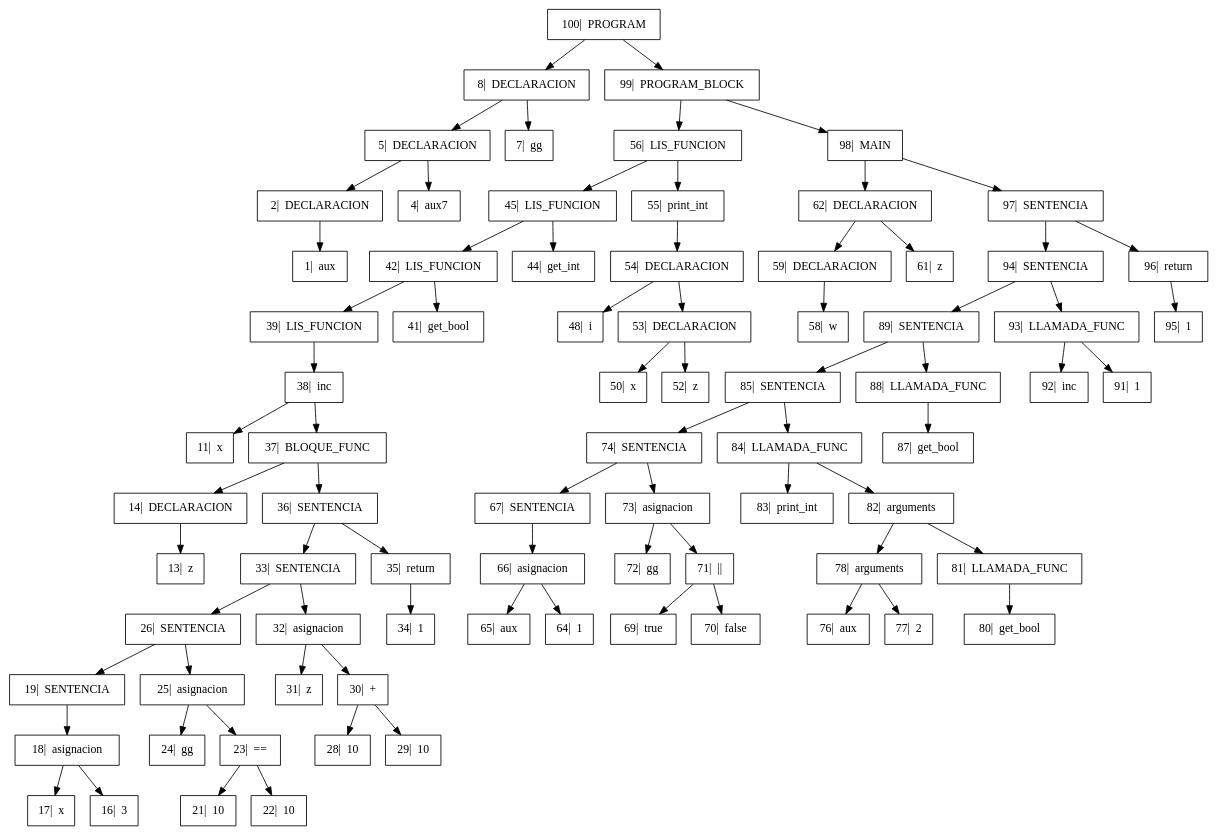
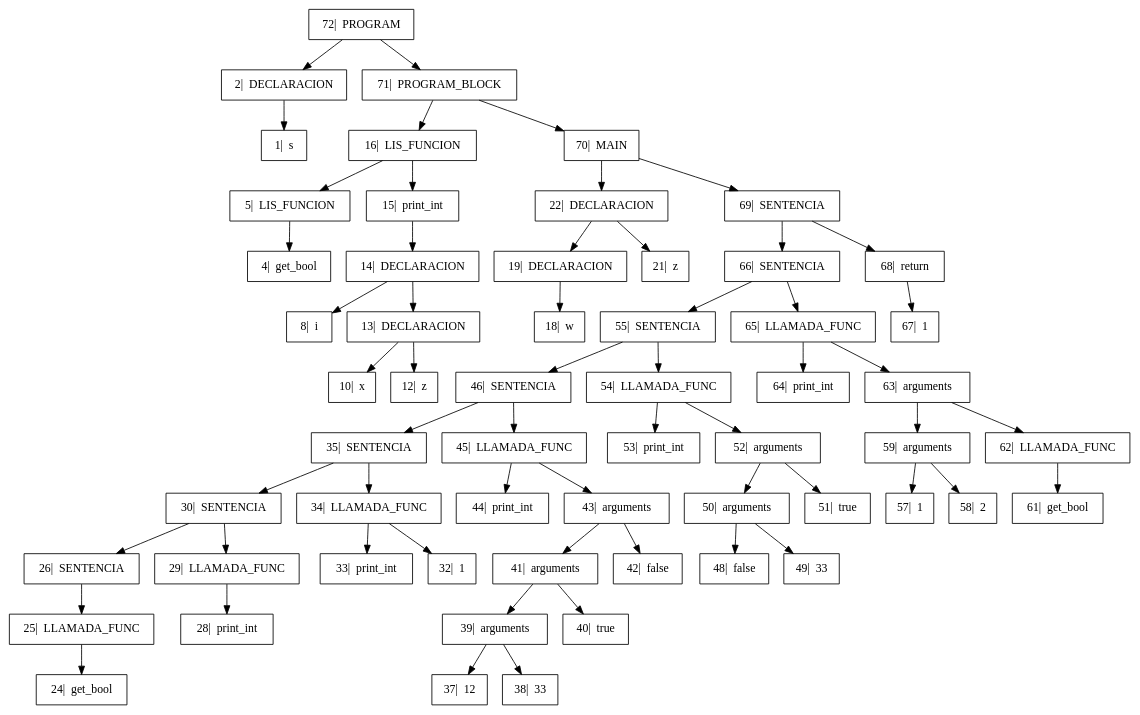
One commit to GiovA07/PRE-PROYECTO-COMPILADORES changed the diagram in Proyecto/output/Arbol.dot. Above: the diagram before and after it, drawn with Graphviz. The commit also changed 5 other files, not shown here.

Commit message:
Solucion de problemas en la llamada a la funcion

```diff
--- a/Proyecto/output/Arbol.dot
+++ b/Proyecto/output/Arbol.dot
@@ -1,50 +1,39 @@
 digraph{
 
 rankdir=TB;
 
 node[shape=box];
-"100|  PROGRAM" -> "8|  DECLARACION", "99|  PROGRAM_BLOCK";
-"8|  DECLARACION" -> "5|  DECLARACION", "7|  gg";
-"5|  DECLARACION" -> "2|  DECLARACION", "4|  aux7";
-"2|  DECLARACION" -> "1|  aux" ;
-"99|  PROGRAM_BLOCK" -> "56|  LIS_FUNCION", "98|  MAIN";
-"56|  LIS_FUNCION" -> "45|  LIS_FUNCION", "55|  print_int";
-"45|  LIS_FUNCION" -> "42|  LIS_FUNCION", "44|  get_int";
-"42|  LIS_FUNCION" -> "39|  LIS_FUNCION", "41|  get_bool";
-"39|  LIS_FUNCION" -> "38|  inc" ;
-"38|  inc" -> "11|  x", "37|  BLOQUE_FUNC";
-"37|  BLOQUE_FUNC" -> "14|  DECLARACION", "36|  SENTENCIA";
-"14|  DECLARACION" -> "13|  z" ;
-"36|  SENTENCIA" -> "33|  SENTENCIA", "35|  return";
-"33|  SENTENCIA" -> "26|  SENTENCIA", "32|  asignacion";
-"26|  SENTENCIA" -> "19|  SENTENCIA", "25|  asignacion";
-"19|  SENTENCIA" -> "18|  asignacion" ;
-"18|  asignacion" -> "17|  x", "16|  3";
-"25|  asignacion" -> "24|  gg", "23|  ==";
-"23|  ==" -> "21|  10", "22|  10";
-"32|  asignacion" -> "31|  z", "30|  +";
-"30|  +" -> "28|  10", "29|  10";
-"35|  return" -> "34|  1" ;
-"55|  print_int" -> "54|  DECLARACION" ;
-"54|  DECLARACION" -> "48|  i", "53|  DECLARACION";
-"53|  DECLARACION" -> "50|  x", "52|  z";
-"98|  MAIN" -> "62|  DECLARACION", "97|  SENTENCIA";
-"62|  DECLARACION" -> "59|  DECLARACION", "61|  z";
-"59|  DECLARACION" -> "58|  w" ;
-"97|  SENTENCIA" -> "94|  SENTENCIA", "96|  return";
-"94|  SENTENCIA" -> "89|  SENTENCIA", "93|  LLAMADA_FUNC";
-"89|  SENTENCIA" -> "85|  SENTENCIA", "88|  LLAMADA_FUNC";
-"85|  SENTENCIA" -> "74|  SENTENCIA", "84|  LLAMADA_FUNC";
-"74|  SENTENCIA" -> "67|  SENTENCIA", "73|  asignacion";
-"67|  SENTENCIA" -> "66|  asignacion" ;
-"66|  asignacion" -> "65|  aux", "64|  1";
-"73|  asignacion" -> "72|  gg", "71|  ||";
-"71|  ||" -> "69|  true", "70|  false";
-"84|  LLAMADA_FUNC" -> "83|  print_int", "82|  arguments";
-"82|  arguments" -> "78|  arguments", "81|  LLAMADA_FUNC";
-"78|  arguments" -> "76|  aux", "77|  2";
-"81|  LLAMADA_FUNC" -> "80|  get_bool" ;
-"88|  LLAMADA_FUNC" -> "87|  get_bool" ;
-"93|  LLAMADA_FUNC" -> "92|  inc", "91|  1";
-"96|  return" -> "95|  1" ;
+"72|  PROGRAM" -> "2|  DECLARACION", "71|  PROGRAM_BLOCK";
+"2|  DECLARACION" -> "1|  s" ;
+"71|  PROGRAM_BLOCK" -> "16|  LIS_FUNCION", "70|  MAIN";
+"16|  LIS_FUNCION" -> "5|  LIS_FUNCION", "15|  print_int";
+"5|  LIS_FUNCION" -> "4|  get_bool" ;
+"15|  print_int" -> "14|  DECLARACION" ;
+"14|  DECLARACION" -> "8|  i", "13|  DECLARACION";
+"13|  DECLARACION" -> "10|  x", "12|  z";
+"70|  MAIN" -> "22|  DECLARACION", "69|  SENTENCIA";
+"22|  DECLARACION" -> "19|  DECLARACION", "21|  z";
+"19|  DECLARACION" -> "18|  w" ;
+"69|  SENTENCIA" -> "66|  SENTENCIA", "68|  return";
+"66|  SENTENCIA" -> "55|  SENTENCIA", "65|  LLAMADA_FUNC";
+"55|  SENTENCIA" -> "46|  SENTENCIA", "54|  LLAMADA_FUNC";
+"46|  SENTENCIA" -> "35|  SENTENCIA", "45|  LLAMADA_FUNC";
+"35|  SENTENCIA" -> "30|  SENTENCIA", "34|  LLAMADA_FUNC";
+"30|  SENTENCIA" -> "26|  SENTENCIA", "29|  LLAMADA_FUNC";
+"26|  SENTENCIA" -> "25|  LLAMADA_FUNC" ;
+"25|  LLAMADA_FUNC" -> "24|  get_bool" ;
+"29|  LLAMADA_FUNC" -> "28|  print_int" ;
+"34|  LLAMADA_FUNC" -> "33|  print_int", "32|  1";
+"45|  LLAMADA_FUNC" -> "44|  print_int", "43|  arguments";
+"43|  arguments" -> "41|  arguments", "42|  false";
+"41|  arguments" -> "39|  arguments", "40|  true";
+"39|  arguments" -> "37|  12", "38|  33";
+"54|  LLAMADA_FUNC" -> "53|  print_int", "52|  arguments";
+"52|  arguments" -> "50|  arguments", "51|  true";
+"50|  arguments" -> "48|  false", "49|  33";
+"65|  LLAMADA_FUNC" -> "64|  print_int", "63|  arguments";
+"63|  arguments" -> "59|  arguments", "62|  LLAMADA_FUNC";
+"59|  arguments" -> "57|  1", "58|  2";
+"62|  LLAMADA_FUNC" -> "61|  get_bool" ;
+"68|  return" -> "67|  1" ;
 }
```
